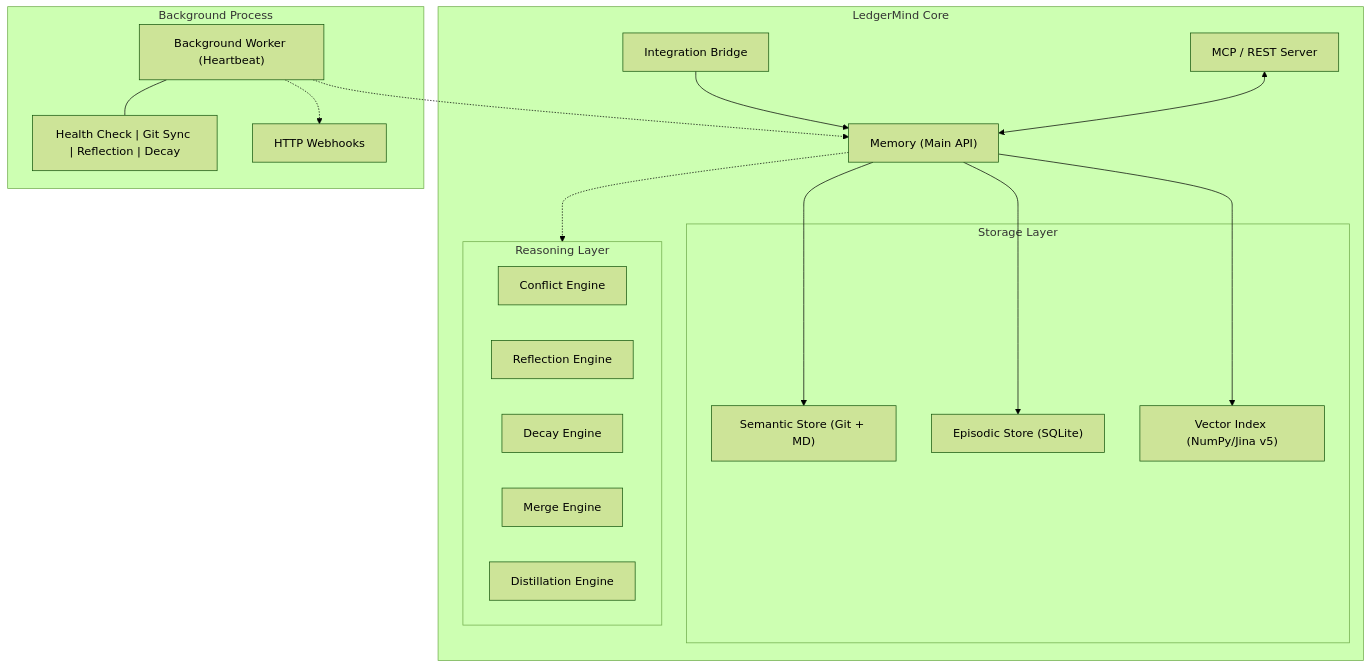
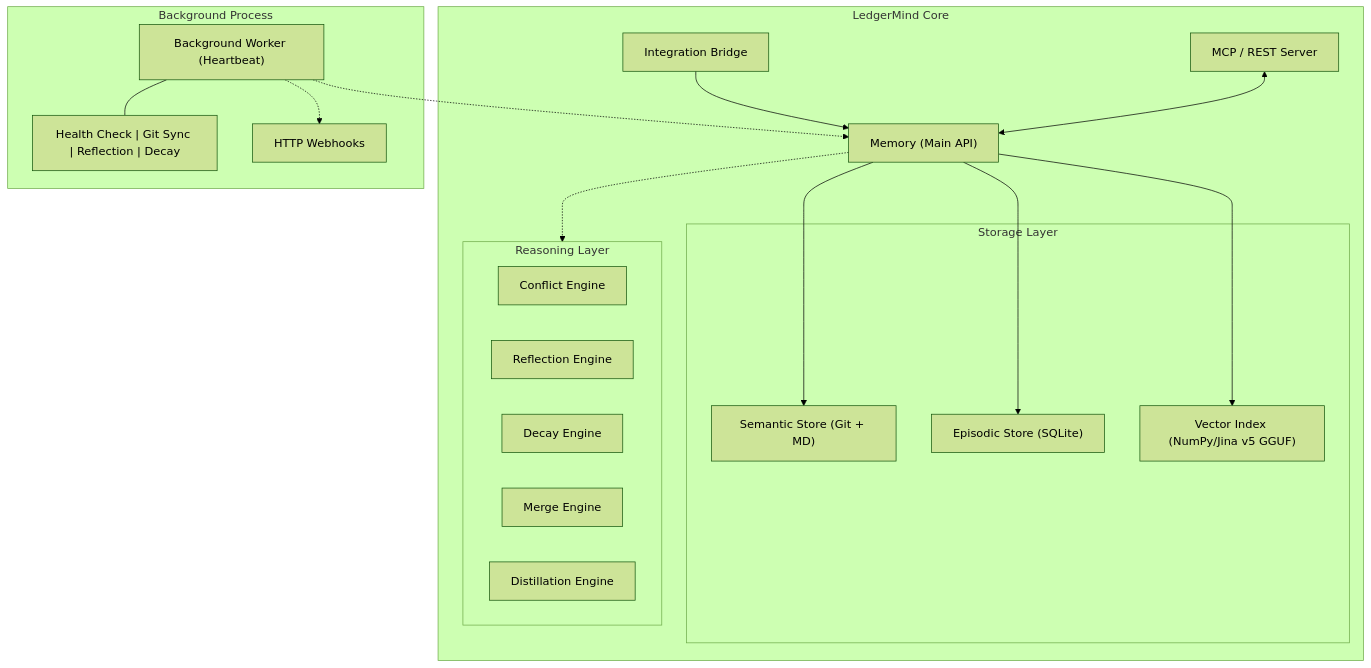
The diagram in README.md (sl4m3/ledgermind), drawn with Mermaid (forest theme) before and after one commit. The commit also changed other lines of this file and 18 other files, not shown here.

````diff
--- a/README.md
+++ b/README.md
@@ -48,39 +48,39 @@
 ```mermaid
 graph TD
     subgraph Core ["LedgerMind Core"]
         Bridge["Integration Bridge"]
         Memory["Memory (Main API)"]
         Server["MCP / REST Server"]
         
         Bridge --> Memory
         Server <--> Memory
         
         subgraph Stores ["Storage Layer"]
             Semantic["Semantic Store (Git + MD)"]
             Episodic["Episodic Store (SQLite)"]
-            Vector["Vector Index (NumPy/Jina v5)"]
+            Vector["Vector Index (NumPy/Jina v5 GGUF)"]
         end
         
         Memory --> Semantic
         Memory --> Episodic
         Memory --> Vector
         
         subgraph Reasoning ["Reasoning Layer"]
             Conflict["Conflict Engine"]
             Reflection["Reflection Engine"]
             Decay["Decay Engine"]
             Merge["Merge Engine"]
             Distillation["Distillation Engine"]
         end
         
         Memory -.-> Reasoning
     end
 
     subgraph Background ["Background Process"]
         Worker["Background Worker (Heartbeat)"]
         Worker --- WorkerAction["Health Check | Git Sync | Reflection | Decay"]
         Worker -.-> Webhooks["HTTP Webhooks"]
     end
     
     Worker -.-> Memory
 ```
````
